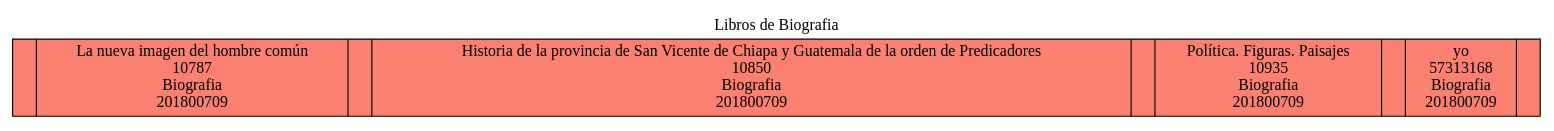
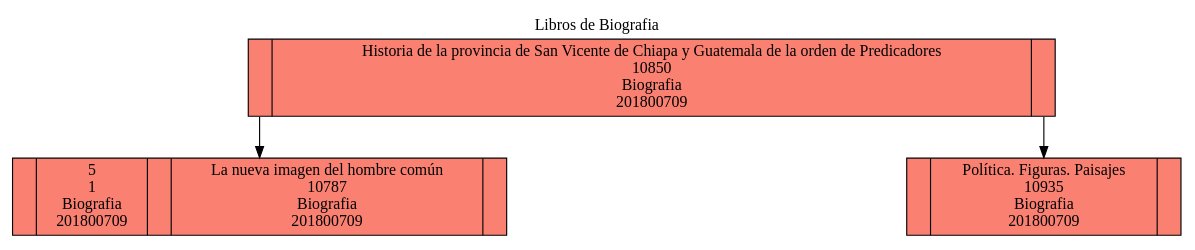
Before and after one commit to juanpaestrada20/EDD_PY2_201800709: the diagram in BTree_Libros_Biografia_201800709.dot, drawn with Graphviz. The commit also changed 70 other files, not shown here.

```diff
--- a/BTree_Libros_Biografia_201800709.dot
+++ b/BTree_Libros_Biografia_201800709.dot
@@ -1,7 +1,11 @@
 digraph G {
 node [shape = record,height=.1 color=black fillcolor=salmon style=filled];
 labelloc="t";
 label="Libros de Biografia";
-node1[label = "<f0> |La nueva imagen del hombre común\n10787\nBiografia\n201800709|<f1> |Historia de la provincia de San Vicente de Chiapa y Guatemala de la orden de Predicadores\n10850\nBiografia\n201800709|<f2> |Política. Figuras. Paisajes\n10935\nBiografia\n201800709|<f3> |yo\n57313168\nBiografia\n201800709|<f4>"];
+node1[label = "<f0> |Historia de la provincia de San Vicente de Chiapa y Guatemala de la orden de Predicadores\n10850\nBiografia\n201800709|<f1>"];
+node2[label = "<f0> |5\n1\nBiografia\n201800709|<f1> |La nueva imagen del hombre común\n10787\nBiografia\n201800709|<f2>"];
+"node1":f0->"node2";
+node3[label = "<f0> |Política. Figuras. Paisajes\n10935\nBiografia\n201800709|<f1>"];
+"node1":f1->"node3";
 
 }
```
